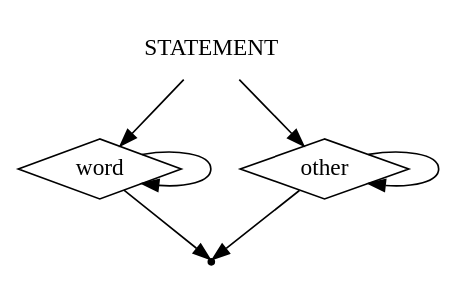
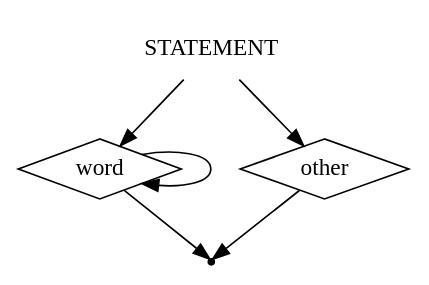
Before and after one commit to mshnschnko/ProMa: the diagram in src/CodeParser/grammar/statement.gv, drawn with Graphviz. The commit also changed 16 other files, not shown here.

```diff
--- a/src/CodeParser/grammar/statement.gv
+++ b/src/CodeParser/grammar/statement.gv
@@ -1,13 +1,12 @@
 digraph STATEMENT{
     start [label=STATEMENT shape=plaintext]
     word [label=word shape=diamond]
     other [label=other shape=diamond]
     end [label="" shape=point]
 
     start -> word
     start -> other
-    other -> other
     other -> end
     word -> word
     word -> end
 }
```
